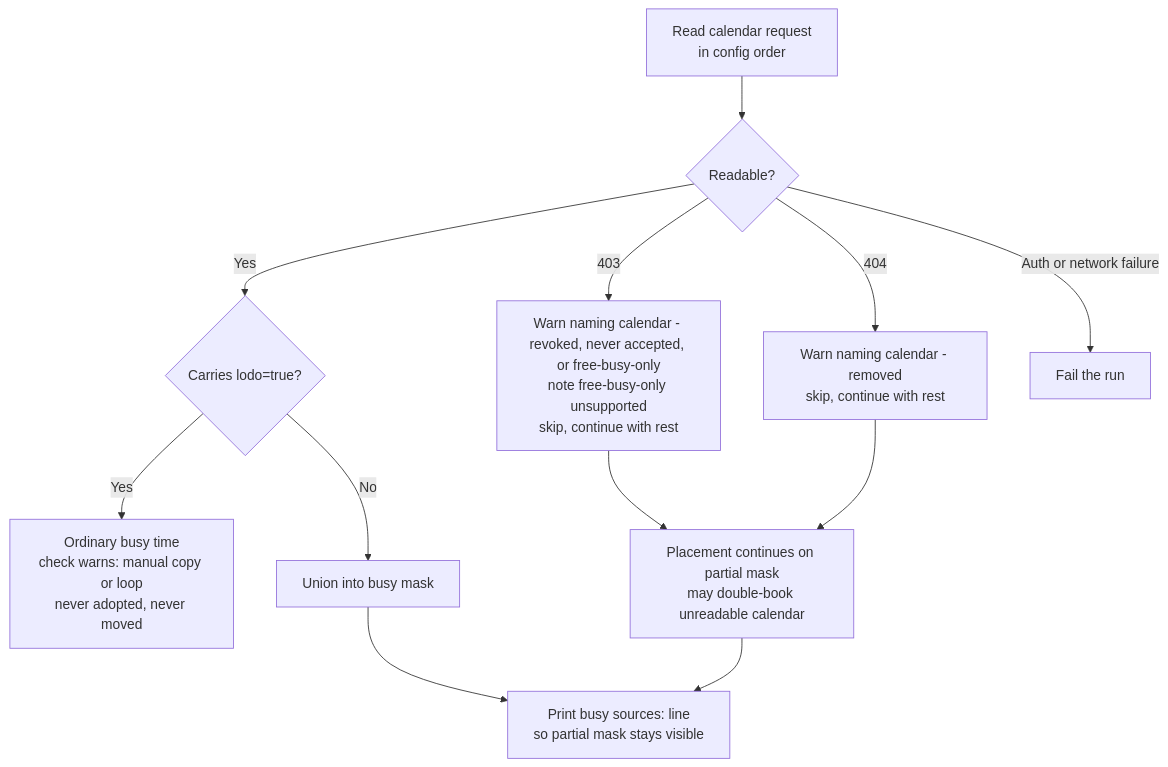
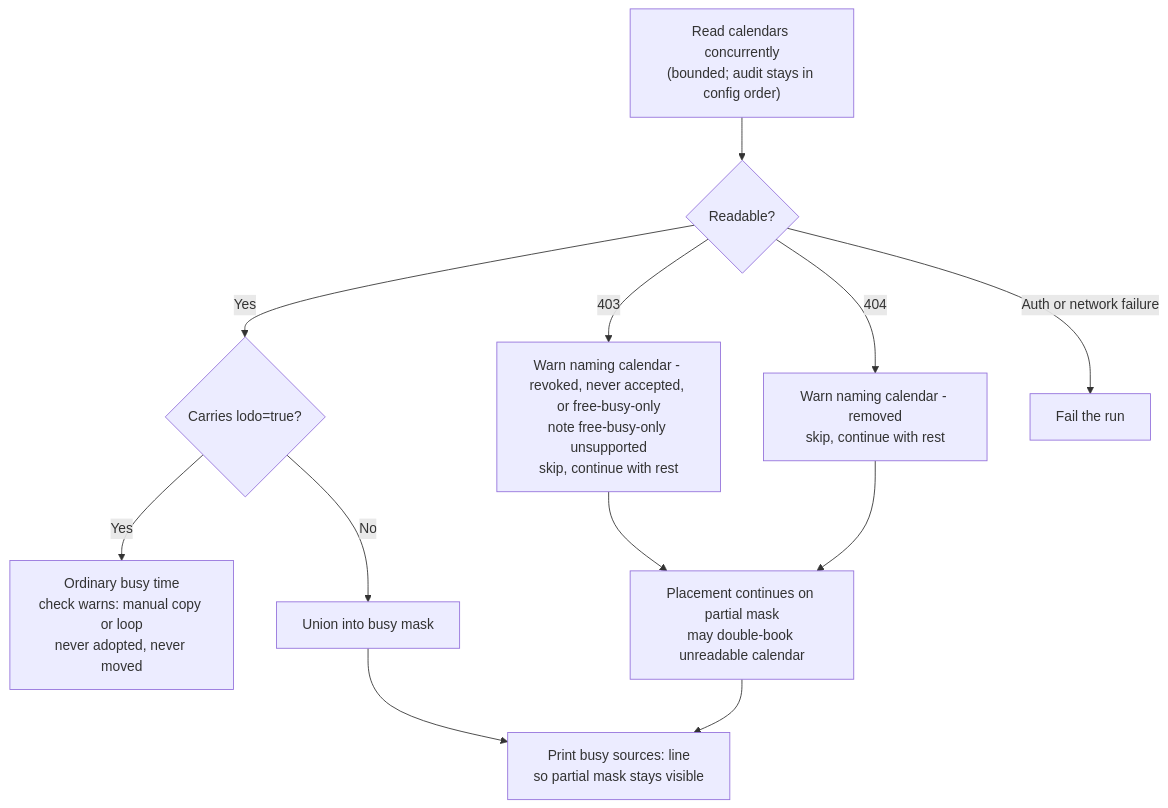
Before and after one commit to aries1980/lodo: the second of 4 diagrams in docs/content/specs/calendar.md, drawn with Mermaid. The commit also changed other lines of this file and 22 other files, not shown here.

First line of the commit message:
feat(run): fan out graph, calendar, and calendar-write I/O

````diff
--- a/docs/content/specs/calendar.md
+++ b/docs/content/specs/calendar.md
@@ -147,14 +147,14 @@
 ```mermaid
 flowchart TD
-    R["Read calendar request<br/>in config order"] --> OK{"Readable?"}
+    R["Read calendars concurrently<br/>(bounded; audit stays in config order)"] --> OK{"Readable?"}
     OK -->|Yes| LQ{"Carries lodo=true?"}
     LQ -->|Yes| WARN["Ordinary busy time<br/>check warns: manual copy or loop<br/>never adopted, never moved"]
     LQ -->|No| USE["Union into busy mask"]
     OK -->|403| S403["Warn naming calendar - revoked, never accepted, or free-busy-only<br/>note free-busy-only unsupported<br/>skip, continue with rest"]
     OK -->|404| S404["Warn naming calendar - removed<br/>skip, continue with rest"]
     OK -->|Auth or network failure| FAIL["Fail the run"]
     S403 --> PART["Placement continues on partial mask<br/>may double-book unreadable calendar"]
     S404 --> PART
     PART --> SRC["Print busy sources: line<br/>so partial mask stays visible"]
     USE --> SRC
 ```
````
